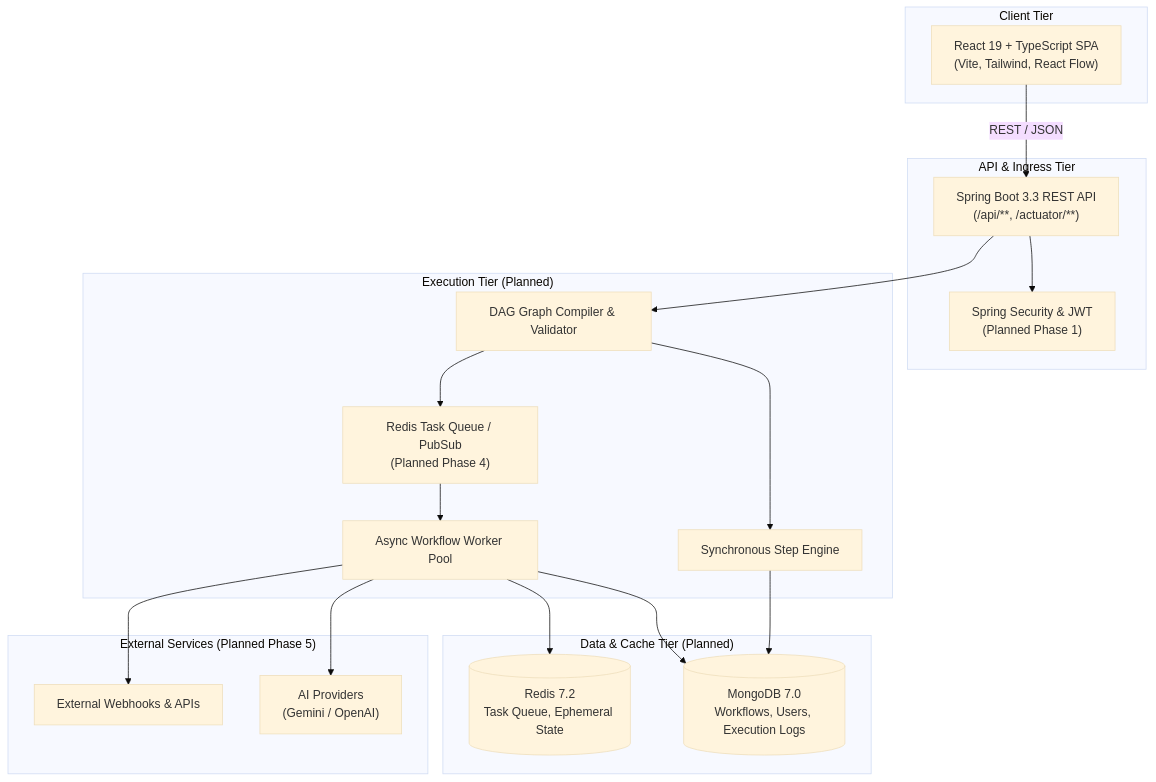
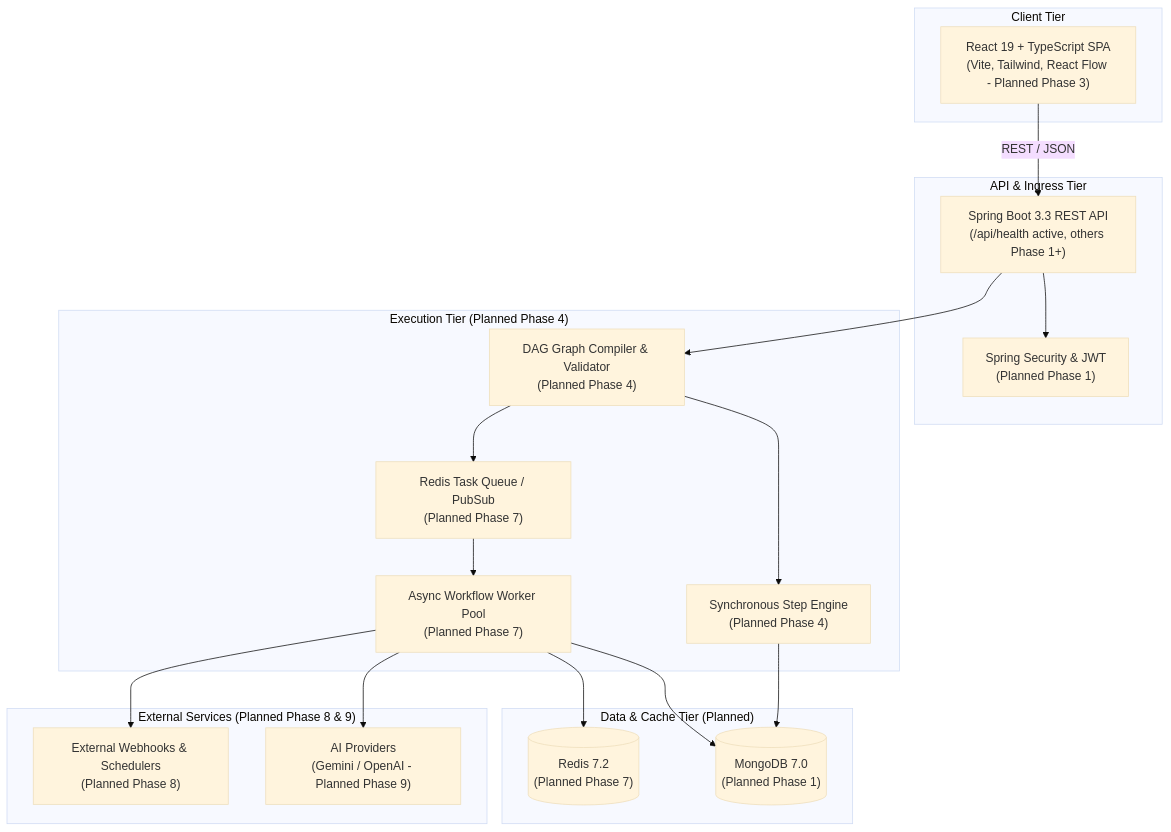
One commit to abhijeet-rx/Adonis changed the diagram in ARCHITECTURE.md. Above: the diagram before and after it, drawn with Mermaid (base theme). The commit also changed other lines of this file and 12 other files, not shown here.

````diff
--- a/ARCHITECTURE.md
+++ b/ARCHITECTURE.md
@@ -21,40 +21,40 @@
 ```mermaid
 graph TD
     subgraph Client["Client Tier"]
-        UI["React 19 + TypeScript SPA<br/>(Vite, Tailwind, React Flow)"]
+        UI["React 19 + TypeScript SPA<br/>(Vite, Tailwind, React Flow - Planned Phase 3)"]
     end
 
     subgraph Gateway["API & Ingress Tier"]
-        API["Spring Boot 3.3 REST API<br/>(/api/**, /actuator/**)"]
+        API["Spring Boot 3.3 REST API<br/>(/api/health active, others Phase 1+)"]
         AUTH["Spring Security & JWT<br/>(Planned Phase 1)"]
     end
 
-    subgraph Engine["Execution Tier (Planned)"]
-        DAG["DAG Graph Compiler & Validator"]
-        SYNC["Synchronous Step Engine"]
-        QUEUE["Redis Task Queue / PubSub<br/>(Planned Phase 4)"]
-        WORKER["Async Workflow Worker Pool"]
+    subgraph Engine["Execution Tier (Planned Phase 4)"]
+        DAG["DAG Graph Compiler & Validator<br/>(Planned Phase 4)"]
+        SYNC["Synchronous Step Engine<br/>(Planned Phase 4)"]
+        QUEUE["Redis Task Queue / PubSub<br/>(Planned Phase 7)"]
+        WORKER["Async Workflow Worker Pool<br/>(Planned Phase 7)"]
     end
 
     subgraph Storage["Data & Cache Tier (Planned)"]
-        MONGO[("MongoDB 7.0<br/>Workflows, Users, Execution Logs")]
-        REDIS[("Redis 7.2<br/>Task Queue, Ephemeral State")]
+        MONGO[("MongoDB 7.0<br/>(Planned Phase 1)")]
+        REDIS[("Redis 7.2<br/>(Planned Phase 7)")]
     end
 
-    subgraph Integrations["External Services (Planned Phase 5)"]
-        AI["AI Providers<br/>(Gemini / OpenAI)"]
-        HOOKS["External Webhooks & APIs"]
+    subgraph Integrations["External Services (Planned Phase 8 & 9)"]
+        AI["AI Providers<br/>(Gemini / OpenAI - Planned Phase 9)"]
+        HOOKS["External Webhooks & Schedulers<br/>(Planned Phase 8)"]
     end
 
     UI -->|REST / JSON| API
     API --> AUTH
     API --> DAG
     DAG --> SYNC
     DAG --> QUEUE
     QUEUE --> WORKER
     SYNC --> MONGO
     WORKER --> MONGO
     WORKER --> REDIS
     WORKER --> AI
     WORKER --> HOOKS
 ```
````
